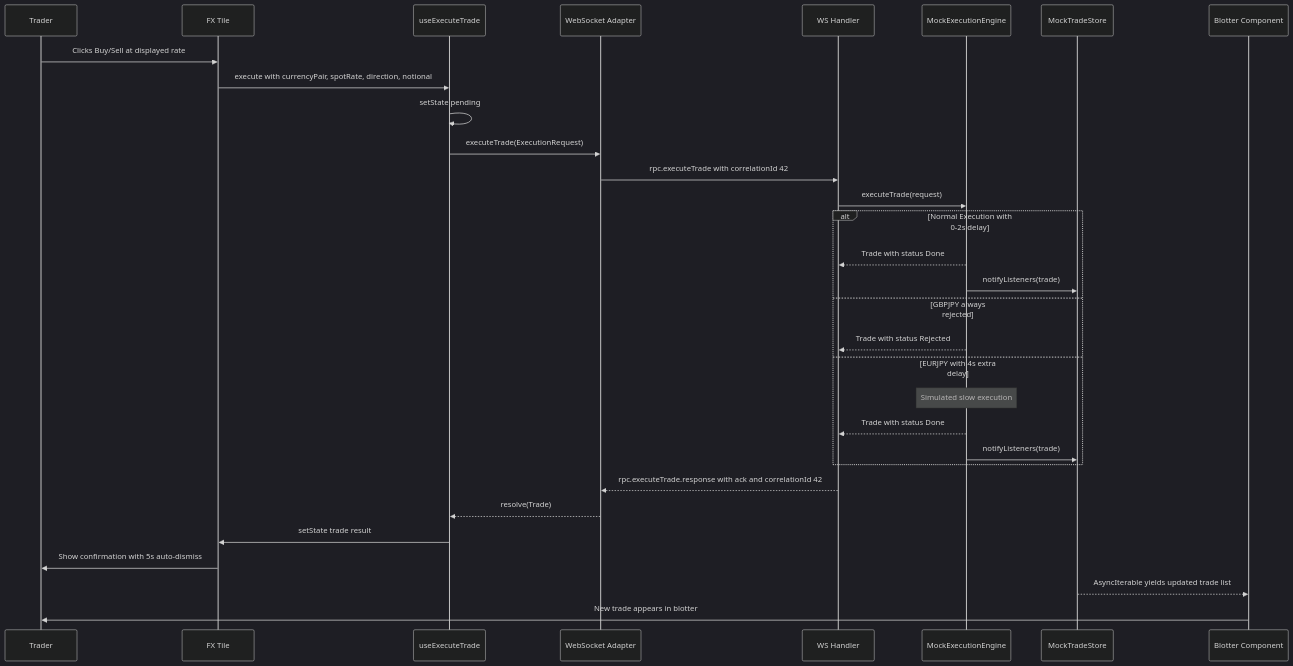
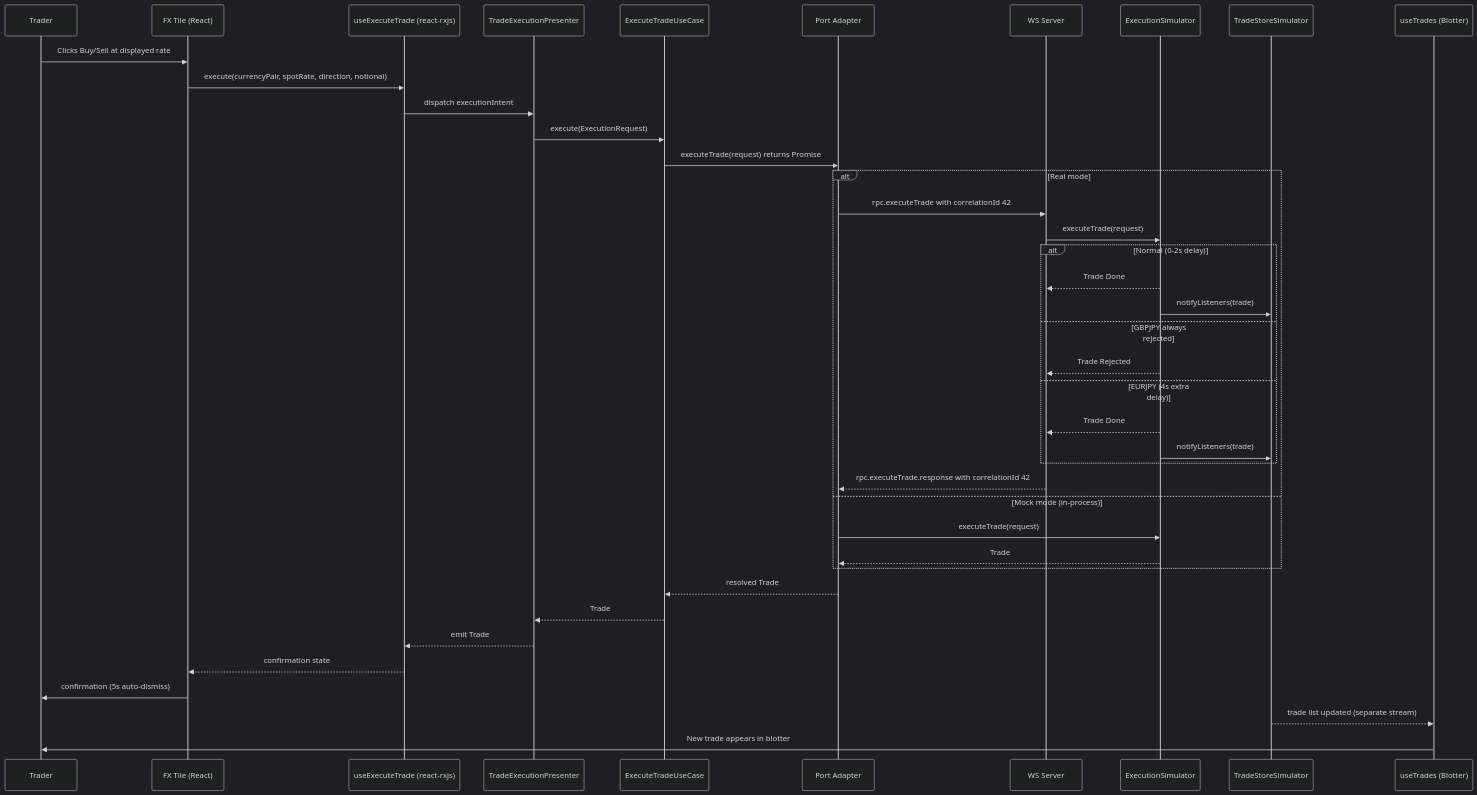
Before and after one commit to bettersoftware-io/ReactiveTraderCloudClone: diagram 12 of 18 in docs/architecture.md, drawn with Mermaid (dark theme). The commit also changed other lines of this file, not shown here.

First line of the commit message:
Revise architecture.md for stricter clean-architecture alignment

````diff
--- a/docs/architecture.md
+++ b/docs/architecture.md
@@ -510,38 +738,46 @@
 ```mermaid
 sequenceDiagram
     participant Trader
-    participant Tile as FX Tile
-    participant ExecHook as useExecuteTrade
-    participant WsAdapter as WebSocket Adapter
-    participant Server as WS Handler
-    participant Engine as MockExecutionEngine
-    participant Store as MockTradeStore
-    participant Blotter as Blotter Component
+    participant Tile as FX Tile (React)
+    participant Hook as useExecuteTrade (react-rxjs)
+    participant Presenter as TradeExecutionPresenter
+    participant UC as ExecuteTradeUseCase
+    participant Adapter as Port Adapter
+    participant Server as WS Server
+    participant ExecSim as ExecutionSimulator
+    participant Store as TradeStoreSimulator
+    participant BlotterHook as useTrades (Blotter)
 
     Trader->>Tile: Clicks Buy/Sell at displayed rate
-    Tile->>ExecHook: execute with currencyPair, spotRate, direction, notional
-    ExecHook->>ExecHook: setState pending
+    Tile->>Hook: execute(currencyPair, spotRate, direction, notional)
+    Hook->>Presenter: dispatch executionIntent
+    Presenter->>UC: execute(ExecutionRequest)
+    UC->>Adapter: executeTrade(request) returns Promise
 
-    ExecHook->>WsAdapter: executeTrade(ExecutionRequest)
-    WsAdapter->>Server: rpc.executeTrade with correlationId 42
-    Server->>Engine: executeTrade(request)
-
-    alt Normal Execution with 0-2s delay
-        Engine-->>Server: Trade with status Done
-        Engine->>Store: notifyListeners(trade)
-    else GBPJPY always rejected
-        Engine-->>Server: Trade with status Rejected
-    else EURJPY with 4s extra delay
-        Note over Engine: Simulated slow execution
-        Engine-->>Server: Trade with status Done
-        Engine->>Store: notifyListeners(trade)
+    alt Real mode
+        Adapter->>Server: rpc.executeTrade with correlationId 42
+        Server->>ExecSim: executeTrade(request)
+        alt Normal (0-2s delay)
+            ExecSim-->>Server: Trade Done
+            ExecSim->>Store: notifyListeners(trade)
+        else GBPJPY always rejected
+            ExecSim-->>Server: Trade Rejected
+        else EURJPY (4s extra delay)
+            ExecSim-->>Server: Trade Done
+            ExecSim->>Store: notifyListeners(trade)
+        end
+        Server-->>Adapter: rpc.executeTrade.response with correlationId 42
+    else Mock mode (in-process)
+        Adapter->>ExecSim: executeTrade(request)
+        ExecSim-->>Adapter: Trade
     end
 
-    Server-->>WsAdapter: rpc.executeTrade.response with ack and correlationId 42
-    WsAdapter-->>ExecHook: resolve(Trade)
-    ExecHook->>Tile: setState trade result
-    Tile->>Trader: Show confirmation with 5s auto-dismiss
+    Adapter-->>UC: resolved Trade
+    UC-->>Presenter: Trade
+    Presenter-->>Hook: emit Trade
+    Hook-->>Tile: confirmation state
+    Tile->>Trader: confirmation (5s auto-dismiss)
 
-    Store-->>Blotter: AsyncIterable yields updated trade list
-    Blotter->>Trader: New trade appears in blotter
+    Store-->>BlotterHook: trade list updated (separate stream)
+    BlotterHook->>Trader: New trade appears in blotter
 ```
````
